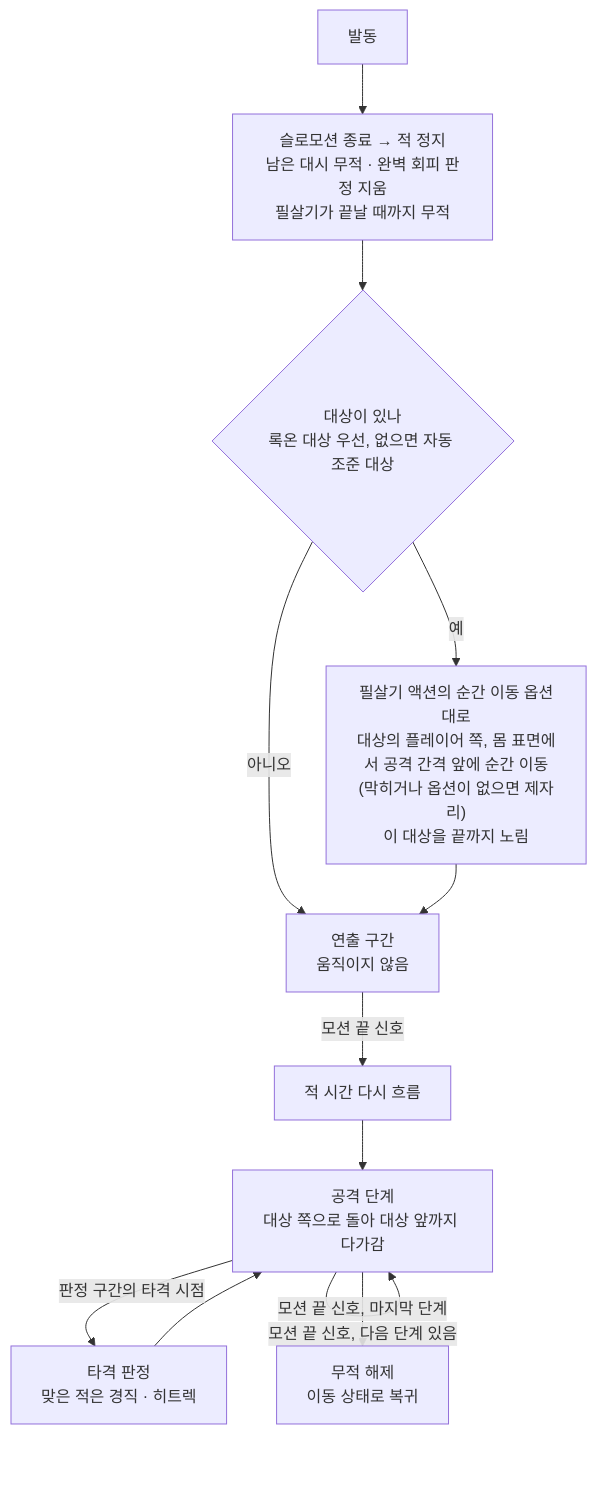
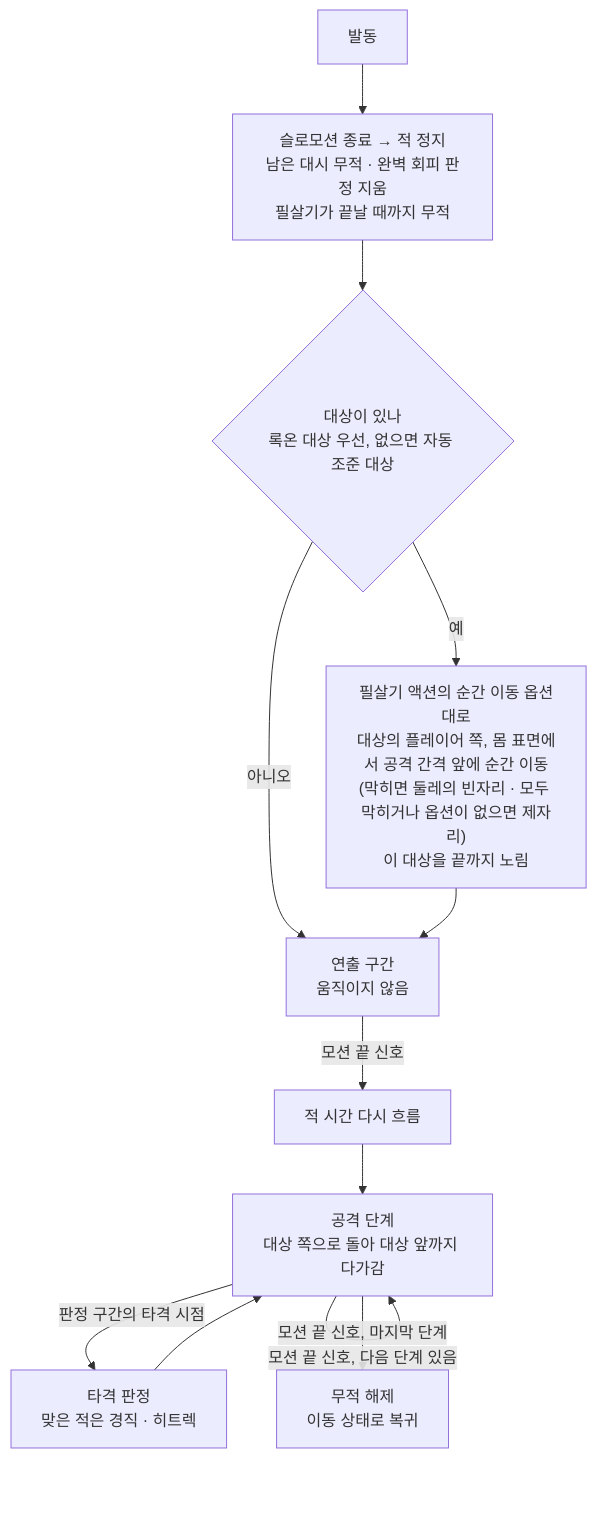
One commit to SquashPrince/Develrocket_mp15_HHH changed the second of 3 diagrams in Docs/Technical/Player/PlayerUltimate.md. Above: the diagram before and after it, drawn with Mermaid. The commit also changed 10 other files, not shown here.

````diff
--- a/Docs/Technical/Player/PlayerUltimate.md
+++ b/Docs/Technical/Player/PlayerUltimate.md
@@ -55,14 +55,14 @@
 ```mermaid
 flowchart TD
     S["발동"] --> E["슬로모션 종료 → 적 정지<br>남은 대시 무적 · 완벽 회피 판정 지움<br>필살기가 끝날 때까지 무적"]
     E --> T{"대상이 있나<br>록온 대상 우선, 없으면 자동 조준 대상"}
-    T -->|"예"| M["필살기 액션의 순간 이동 옵션대로<br>대상의 플레이어 쪽, 몸 표면에서 공격 간격 앞에 순간 이동<br>(막히거나 옵션이 없으면 제자리)<br>이 대상을 끝까지 노림"]
+    T -->|"예"| M["필살기 액션의 순간 이동 옵션대로<br>대상의 플레이어 쪽, 몸 표면에서 공격 간격 앞에 순간 이동<br>(막히면 둘레의 빈자리 · 모두 막히거나 옵션이 없으면 제자리)<br>이 대상을 끝까지 노림"]
     T -->|"아니오"| C
     M --> C["연출 구간<br>움직이지 않음"]
     C -->|"모션 끝 신호"| R["적 시간 다시 흐름"]
     R --> A["공격 단계<br>대상 쪽으로 돌아 대상 앞까지 다가감"]
     A -->|"판정 구간의 타격 시점"| H["타격 판정<br>맞은 적은 경직 · 히트렉"]
     H --> A
     A -->|"모션 끝 신호, 다음 단계 있음"| A
     A -->|"모션 끝 신호, 마지막 단계"| L["무적 해제<br>이동 상태로 복귀"]
 ```
````
